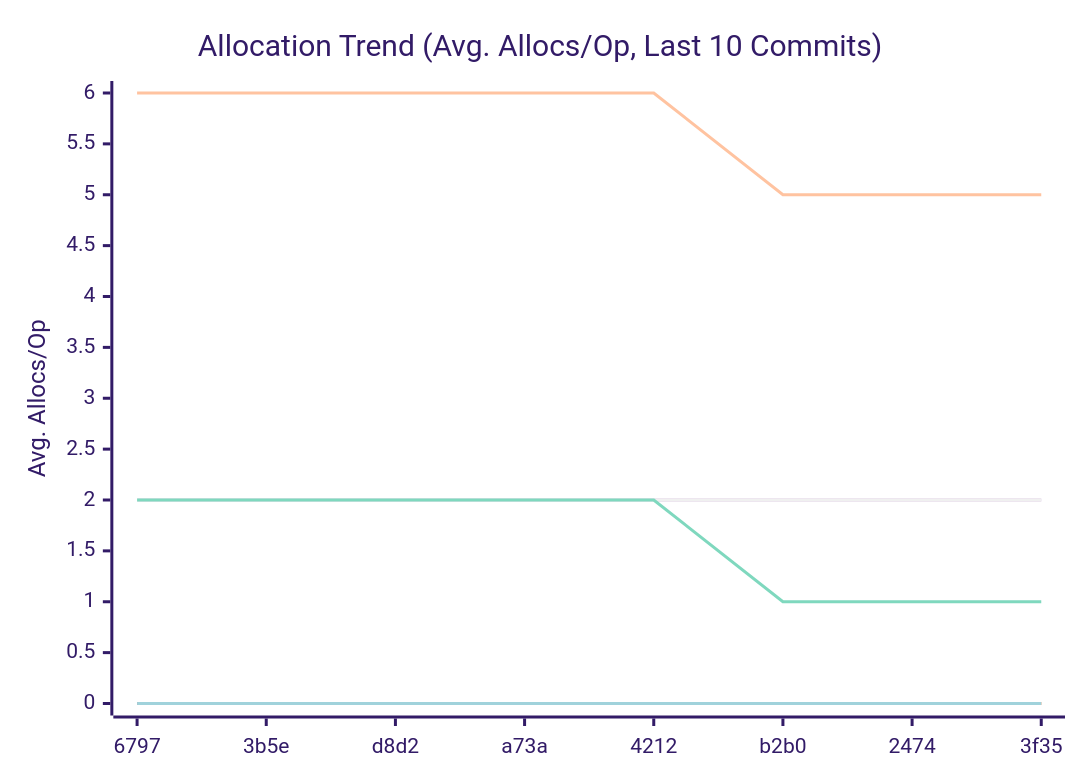
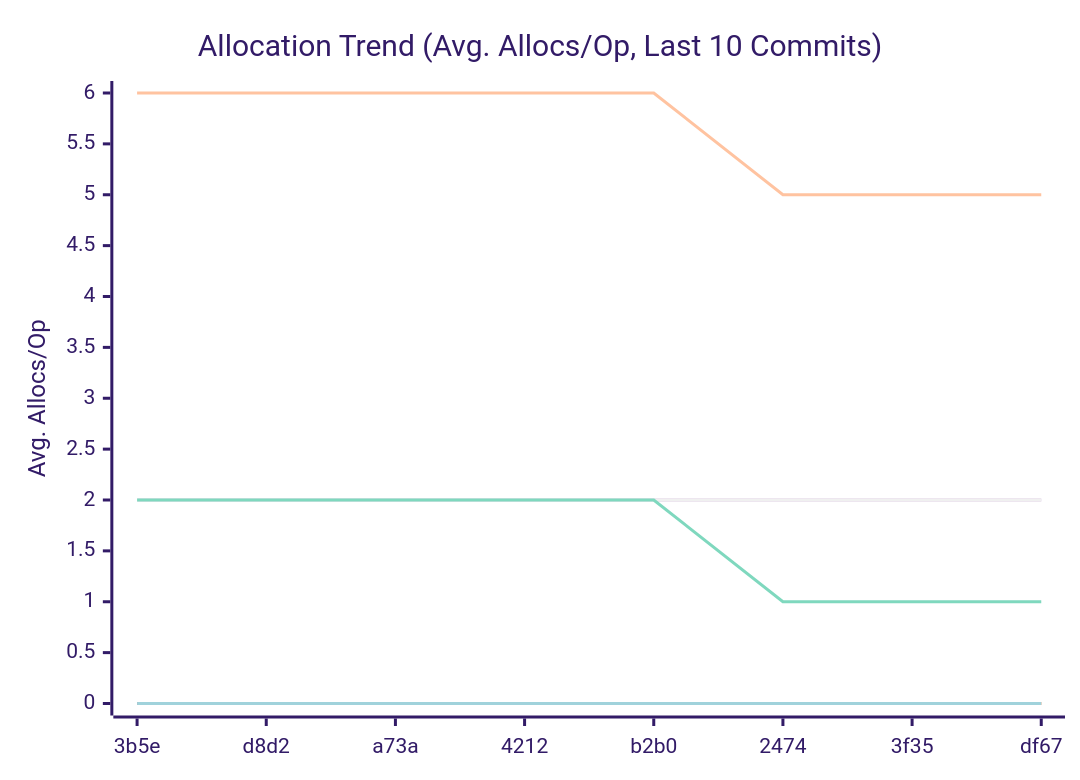
The third of 3 diagrams in docs/README.md (alsotoes/momo), drawn with Mermaid (forest theme) before and after one commit. The commit also changed other lines of this file and 1 other file, not shown here.

````diff
--- a/docs/README.md
+++ b/docs/README.md
@@ -170,14 +170,14 @@
 ```mermaid
 xychart-beta
     title "Allocation Trend (Avg. Allocs/Op, Last 10 Commits)"
     x-axis "Commit"
     y-axis "Avg. Allocs/Op"
-    x-axis [6797,3b5e,d8d2,a73a,4212,b2b0,2474,3f35]
+    x-axis [3b5e,d8d2,a73a,4212,b2b0,2474,3f35,df67]
     line "CheckMetricsAndSwap" [0,0,0,0,0,0,0,0,0,0]
     line "IndexDirectTracking" [0,0,0,0,0,0,0,0,0,0]
     line "IndexSearch" [0,0,0,0,0,0,0,0,0,0]
     line "LoadGlobalConfig" [2,2,2,2,2,2,2,2,2,2]
     line "PadString" [2,2,2,2,2,2,2,2,2,2]
     line "ParseReplicationOrder_NoPrealloc" [6,6,6,6,6,5,5,5,5,5]
     line "ParseReplicationOrder_Prealloc" [2,2,2,2,2,1,1,1,1,1]
 ```
````
